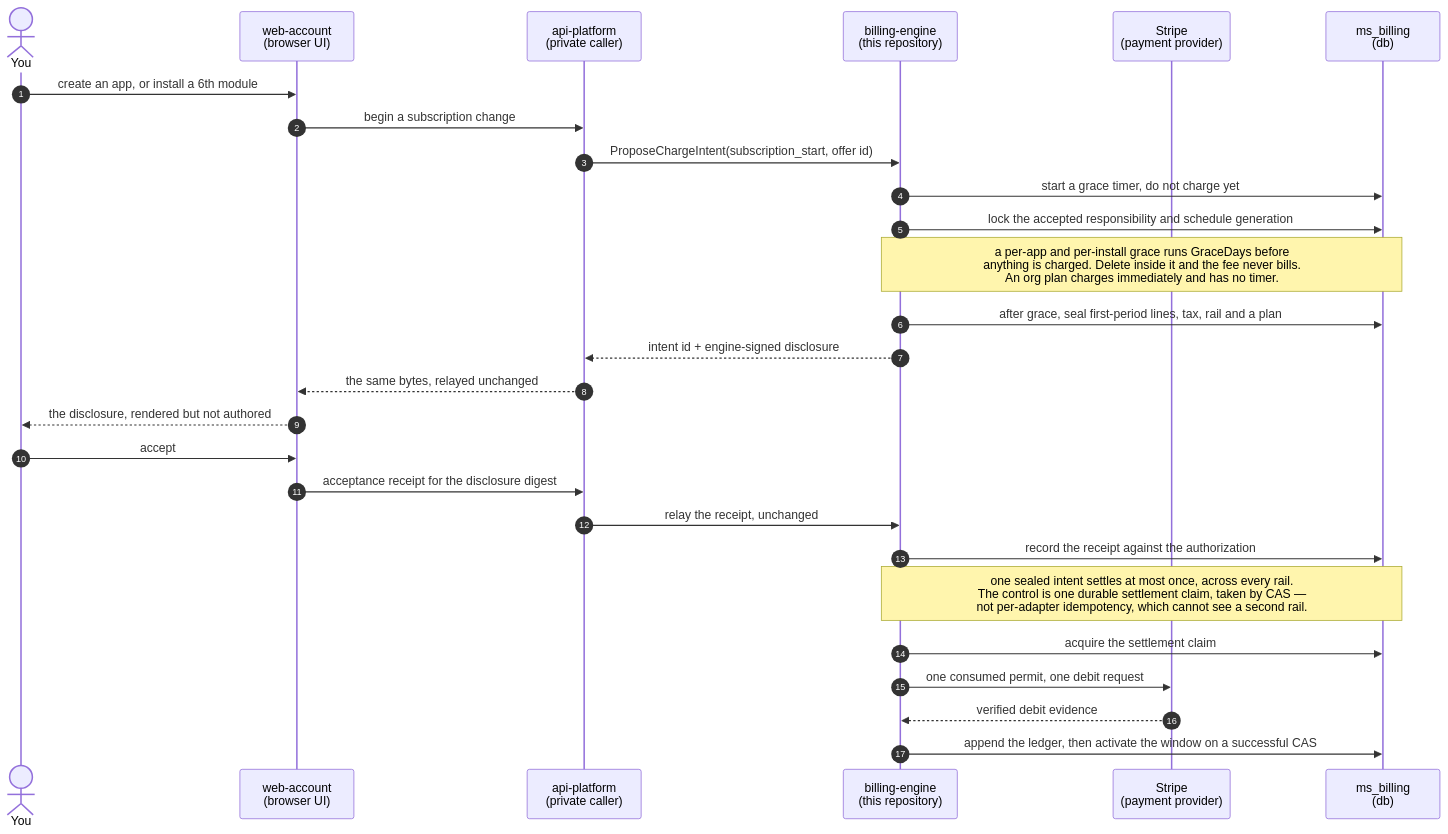
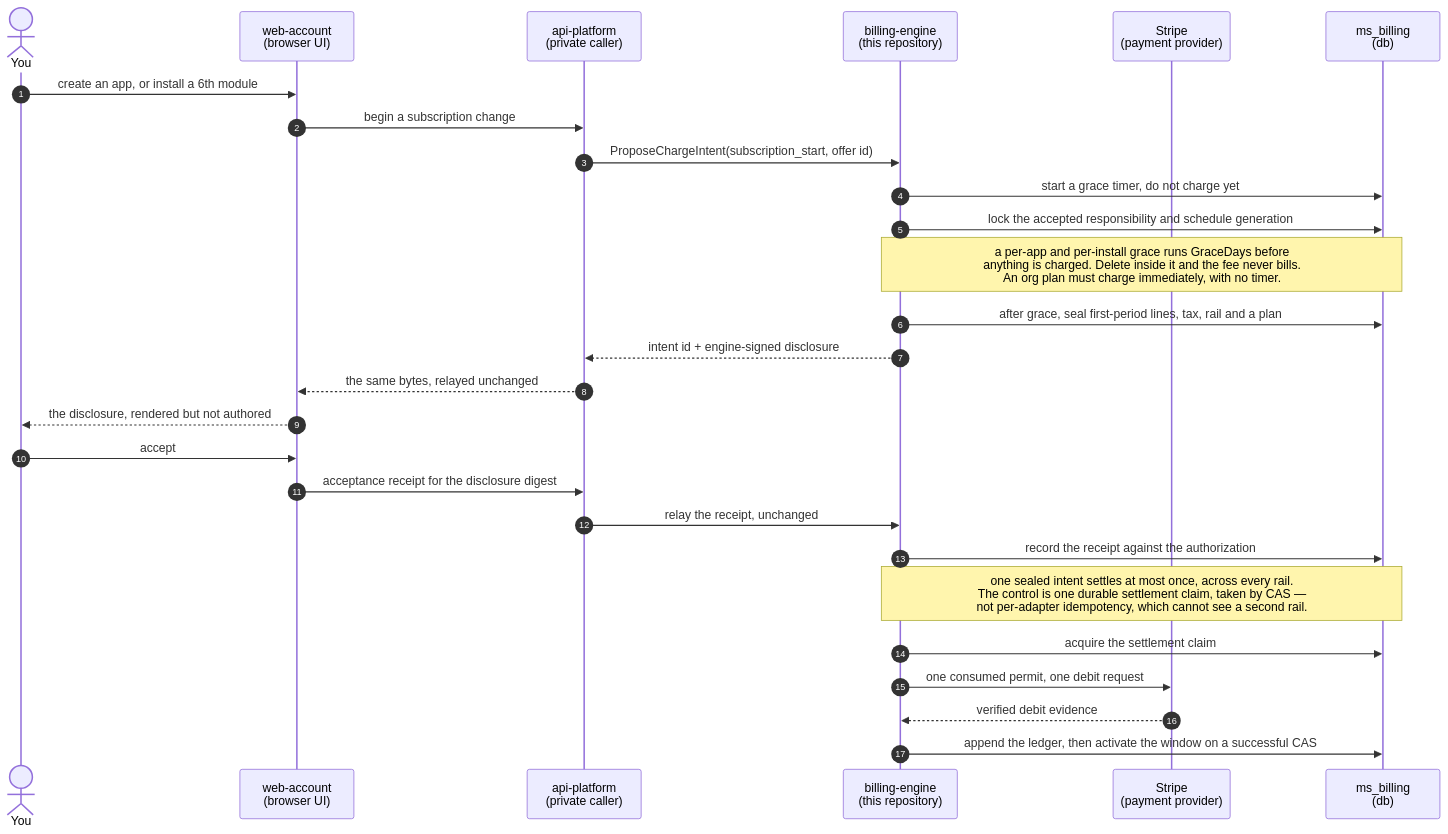
Before and after one commit to mirrorstack-ai/billing-engine: the fifth of 6 diagrams in README.md, drawn with Mermaid. The commit also changed other lines of this file, not shown here.

````diff
--- a/README.md
+++ b/README.md
@@ -347,34 +379,34 @@
 ```mermaid
 sequenceDiagram
     autonumber
     actor You
     participant WA as web-account<br/>(browser UI)
     participant AP as api-platform<br/>(private caller)
     participant Engine as billing-engine<br/>(this repository)
     participant Stripe as Stripe<br/>(payment provider)
     participant DB as ms_billing<br/>(db)
 
     You->>WA: create an app, or install a 6th module
     WA->>AP: begin a subscription change
     AP->>Engine: ProposeChargeIntent(subscription_start, offer id)
     Engine->>DB: start a grace timer, do not charge yet
     Engine->>DB: lock the accepted responsibility and schedule generation
 
-    Note over Engine,DB: a per-app and per-install grace runs GraceDays before<br/>anything is charged. Delete inside it and the fee never bills.<br/>An org plan charges immediately and has no timer.
+    Note over Engine,DB: a per-app and per-install grace runs GraceDays before<br/>anything is charged. Delete inside it and the fee never bills.<br/>An org plan must charge immediately, with no timer.
 
     Engine->>DB: after grace, seal first-period lines, tax, rail and a plan
     Engine-->>AP: intent id + engine-signed disclosure
     AP-->>WA: the same bytes, relayed unchanged
     WA-->>You: the disclosure, rendered but not authored
     You->>WA: accept
     WA->>AP: acceptance receipt for the disclosure digest
     AP->>Engine: relay the receipt, unchanged
     Engine->>DB: record the receipt against the authorization
 
     Note over Engine,DB: one sealed intent settles at most once, across every rail.<br/>The control is one durable settlement claim, taken by CAS —<br/>not per-adapter idempotency, which cannot see a second rail.
 
     Engine->>DB: acquire the settlement claim
     Engine->>Stripe: one consumed permit, one debit request
     Stripe-->>Engine: verified debit evidence
     Engine->>DB: append the ledger, then activate the window on a successful CAS
 ```
````
